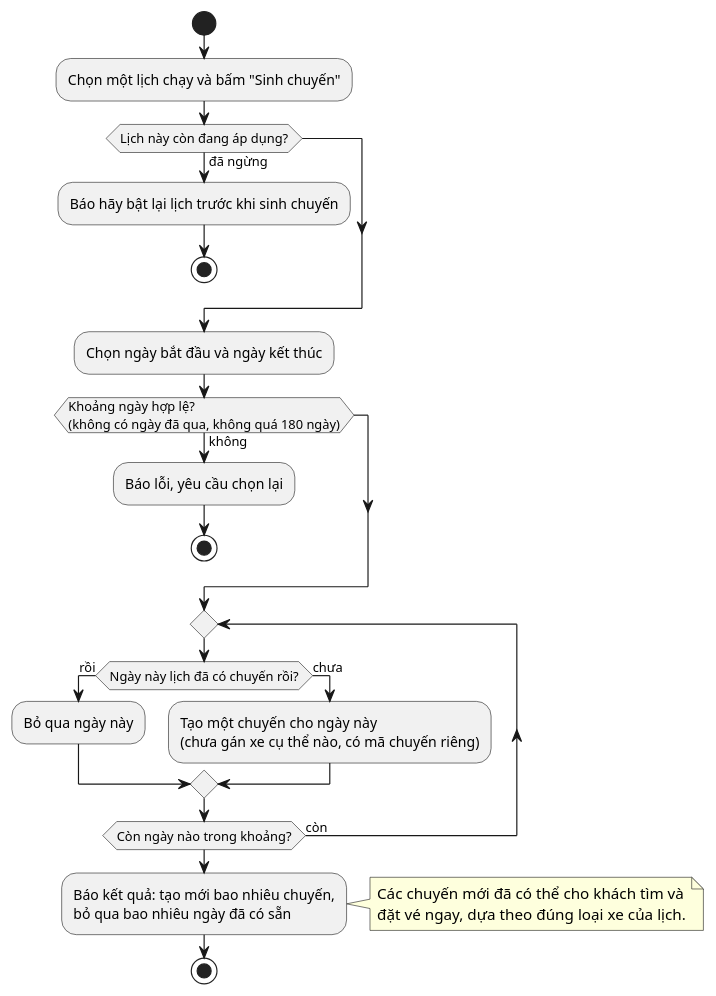
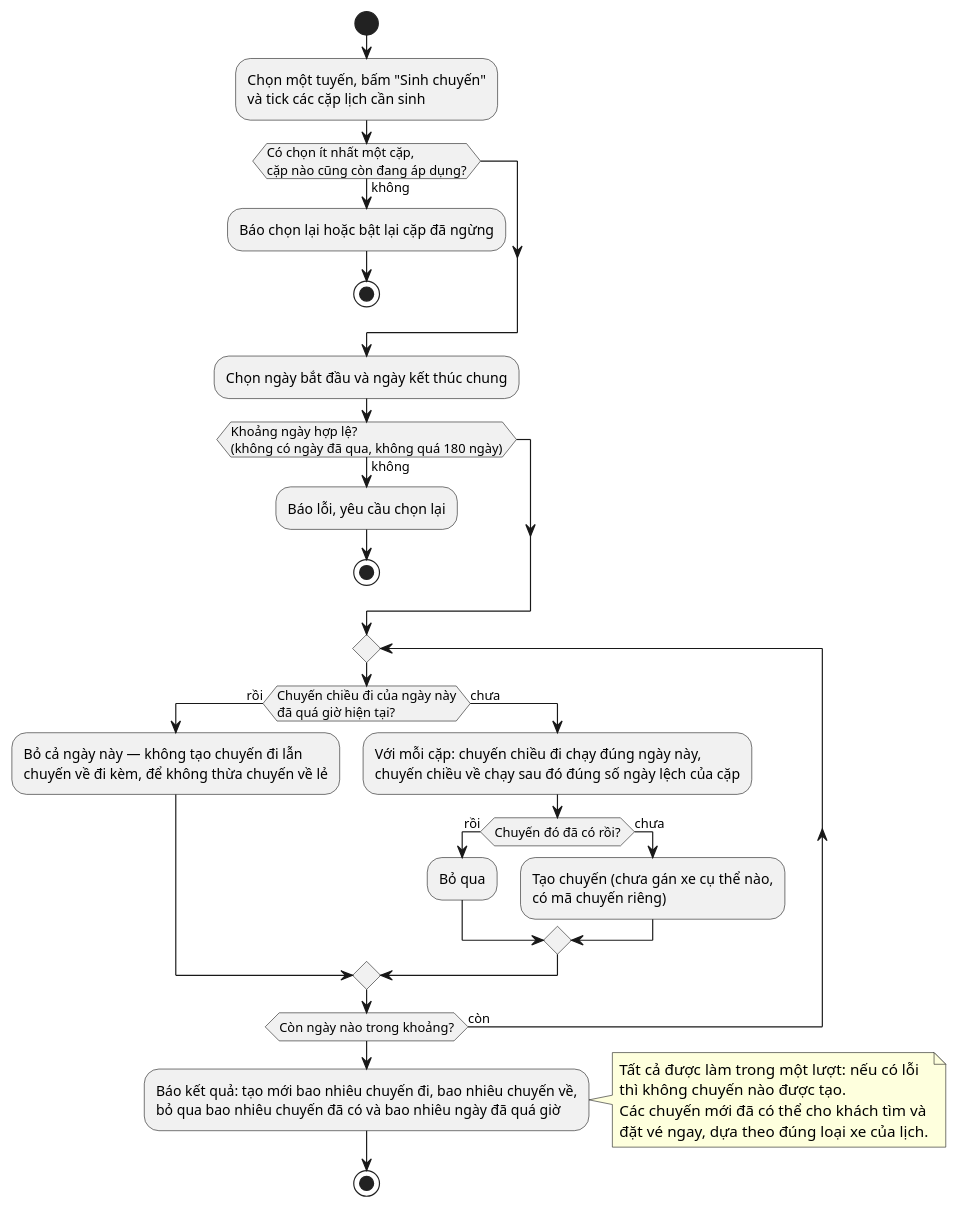
Diagram 22 of 52 in UML_DIAGRAMS.md (nguyenvietanhit19/Project1_HeThongQuanLyNhaXeKhachLienTinh), drawn with PlantUML before and after one commit. The commit also changed other lines of this file and 13 other files, not shown here.

````diff
--- a/UML_DIAGRAMS.md
+++ b/UML_DIAGRAMS.md
@@ -679,28 +688,35 @@
 ```plantuml
 @startuml AD_UC47_SinhChuyen
 start
-:Chọn một lịch chạy và bấm "Sinh chuyến";
-if (Lịch này còn đang áp dụng?) then (đã ngừng)
-  :Báo hãy bật lại lịch trước khi sinh chuyến;
+:Chọn một tuyến, bấm "Sinh chuyến"\nvà tick các cặp lịch cần sinh;
+if (Có chọn ít nhất một cặp,\ncặp nào cũng còn đang áp dụng?) then (không)
+  :Báo chọn lại hoặc bật lại cặp đã ngừng;
   stop
 endif
-:Chọn ngày bắt đầu và ngày kết thúc;
+:Chọn ngày bắt đầu và ngày kết thúc chung;
 if (Khoảng ngày hợp lệ?\n(không có ngày đã qua, không quá 180 ngày)) then (không)
   :Báo lỗi, yêu cầu chọn lại;
   stop
 endif
 repeat
-  if (Ngày này lịch đã có chuyến rồi?) then (rồi)
-    :Bỏ qua ngày này;
+  if (Chuyến chiều đi của ngày này\nđã quá giờ hiện tại?) then (rồi)
+    :Bỏ cả ngày này — không tạo chuyến đi lẫn\nchuyến về đi kèm, để không thừa chuyến về lẻ;
   else (chưa)
-    :Tạo một chuyến cho ngày này\n(chưa gán xe cụ thể nào, có mã chuyến riêng);
+    :Với mỗi cặp: chuyến chiều đi chạy đúng ngày này,\nchuyến chiều về chạy sau đó đúng số ngày lệch của cặp;
+    if (Chuyến đó đã có rồi?) then (rồi)
+      :Bỏ qua;
+    else (chưa)
+      :Tạo chuyến (chưa gán xe cụ thể nào,\ncó mã chuyến riêng);
+    endif
   endif
 repeat while (Còn ngày nào trong khoảng?) is (còn)
-:Báo kết quả: tạo mới bao nhiêu chuyến,\nbỏ qua bao nhiêu ngày đã có sẵn;
+:Báo kết quả: tạo mới bao nhiêu chuyến đi, bao nhiêu chuyến về,\nbỏ qua bao nhiêu chuyến đã có và bao nhiêu ngày đã quá giờ;
 note right
+  Tất cả được làm trong một lượt: nếu có lỗi
+  thì không chuyến nào được tạo.
   Các chuyến mới đã có thể cho khách tìm và
   đặt vé ngay, dựa theo đúng loại xe của lịch.
 end note
 stop
 @enduml
 ```
````
